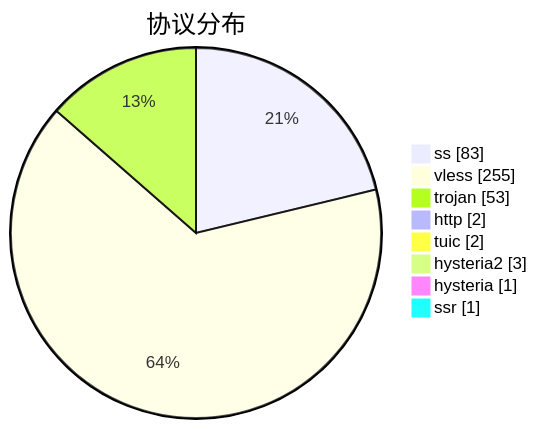
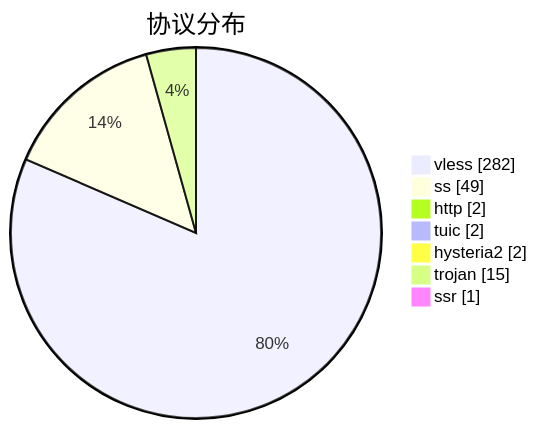
One commit to qjlxg/airport changed the third of 3 diagrams in subs/statistics/tested_within.md. Above: the diagram before and after it, drawn with Mermaid. The commit also changed other lines of this file and 2 other files, not shown here.

````diff
--- a/subs/statistics/tested_within.md
+++ b/subs/statistics/tested_within.md
@@ -33,12 +32,11 @@
 ```mermaid
 pie showData
 title 协议分布
-"ss" : 83
-"vless" : 255
-"trojan" : 53
+"vless" : 282
+"ss" : 49
 "http" : 2
 "tuic" : 2
-"hysteria2" : 3
-"hysteria" : 1
+"hysteria2" : 2
+"trojan" : 15
 "ssr" : 1
 ```
````
